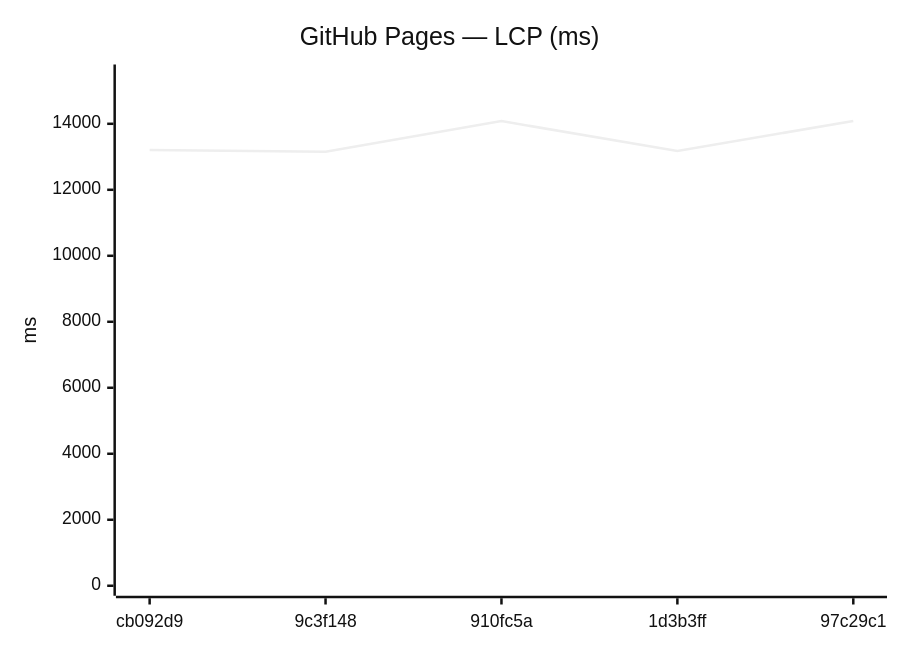
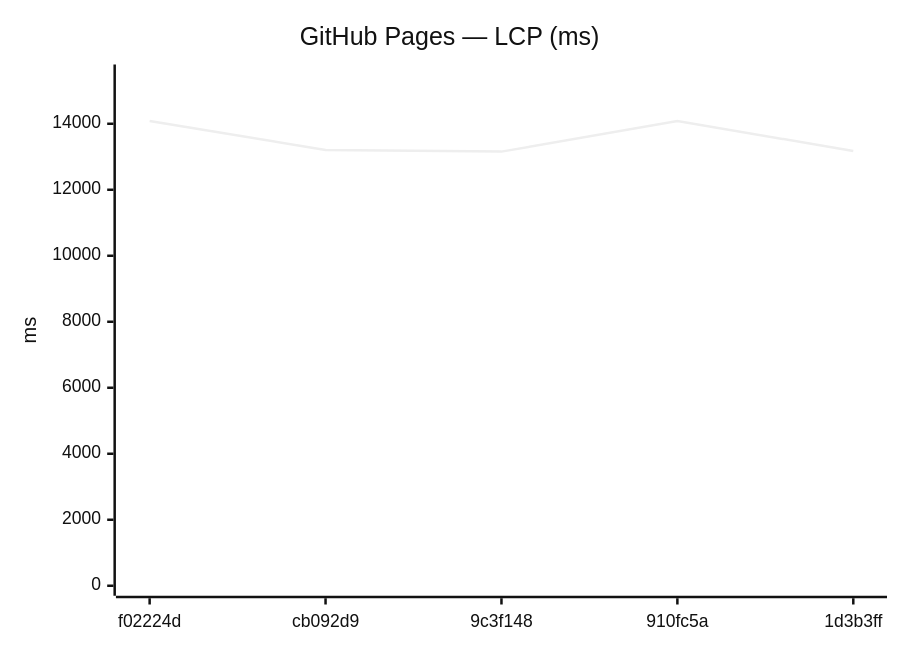
Before and after one commit to Metaheurist/Rianell: the ninth of 18 diagrams in benchmarks/compare.md, drawn with Mermaid (neutral theme). The commit also changed other lines of this file and 11 other files, not shown here.

````diff
--- a/benchmarks/compare.md
+++ b/benchmarks/compare.md
@@ -142,7 +142,7 @@
 ```mermaid
 xychart-beta
     title "GitHub Pages — LCP (ms)"
-    x-axis ["cb092d9", "9c3f148", "910fc5a", "1d3b3ff", "97c29c1"]
-    y-axis "ms" 0 --> 15494
-    line [13204, 13156, 14081, 13177, 14085]
+    x-axis ["f02224d", "cb092d9", "9c3f148", "910fc5a", "1d3b3ff"]
+    y-axis "ms" 0 --> 15493
+    line [14084, 13204, 13156, 14081, 13177]
 ```
````
